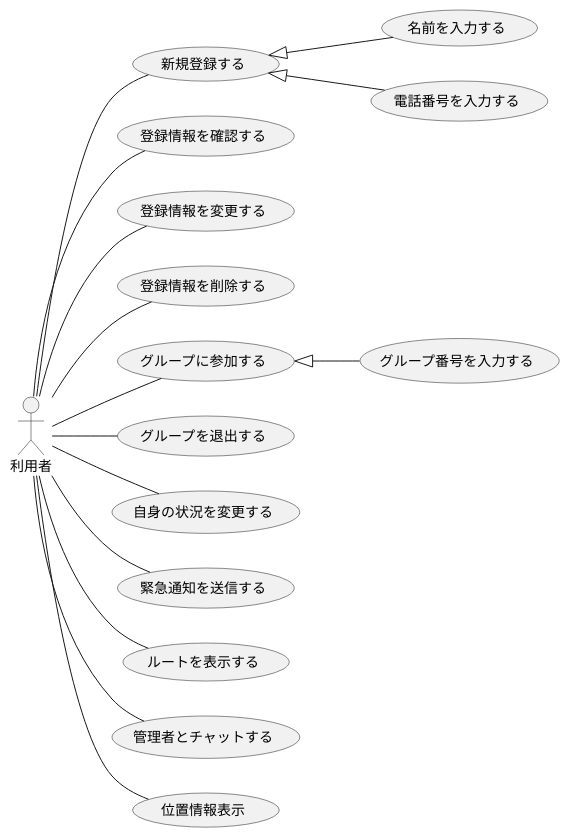
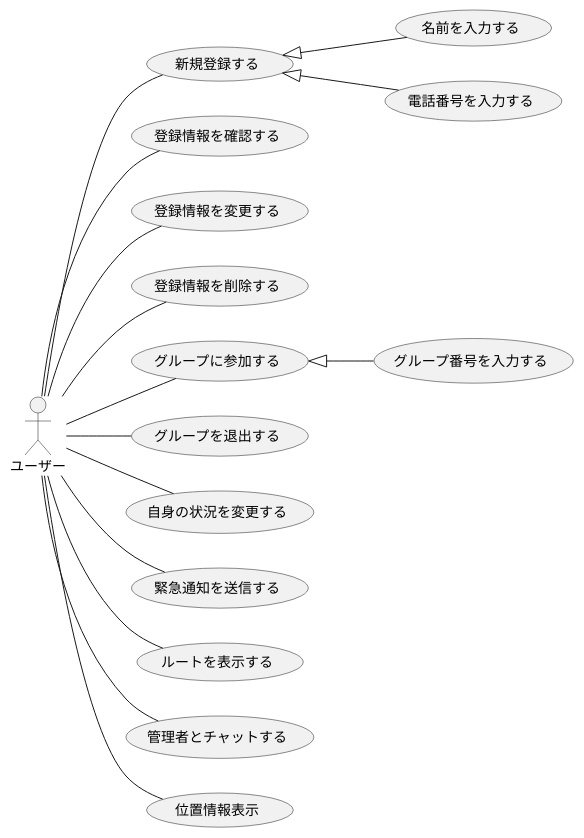
Before and after one commit to ksw2270227/GroupF: the diagram in F_usecase_user.plantuml, drawn with PlantUML. The commit also changed 2 other files, not shown here.

```diff
--- a/F_usecase_user.plantuml
+++ b/F_usecase_user.plantuml
@@ -1,24 +1,24 @@
 @startuml ユースケース
 
 left to right direction
-actor 利用者
+actor ユーザー
 
-利用者 -- (新規登録する)
-利用者 -- (登録情報を確認する)
-利用者 -- (登録情報を変更する)
-利用者 -- (登録情報を削除する)
-利用者 -- (グループに参加する)
-利用者 -- (グループを退出する)
-利用者 -- (自身の状況を変更する)
-利用者 -- (緊急通知を送信する)
-利用者 -- (ルートを表示する)
-利用者 -- (管理者とチャットする)
-利用者 -- (位置情報表示)
+ユーザー -- (新規登録する)
+ユーザー -- (登録情報を確認する)
+ユーザー -- (登録情報を変更する)
+ユーザー -- (登録情報を削除する)
+ユーザー -- (グループに参加する)
+ユーザー -- (グループを退出する)
+ユーザー -- (自身の状況を変更する)
+ユーザー -- (緊急通知を送信する)
+ユーザー -- (ルートを表示する)
+ユーザー -- (管理者とチャットする)
+ユーザー -- (位置情報表示)
 
 
 (新規登録する) <|-- (名前を入力する)
 (新規登録する) <|-- (電話番号を入力する)
 
 (グループに参加する) <|-- (グループ番号を入力する)
 
 @enduml
```
